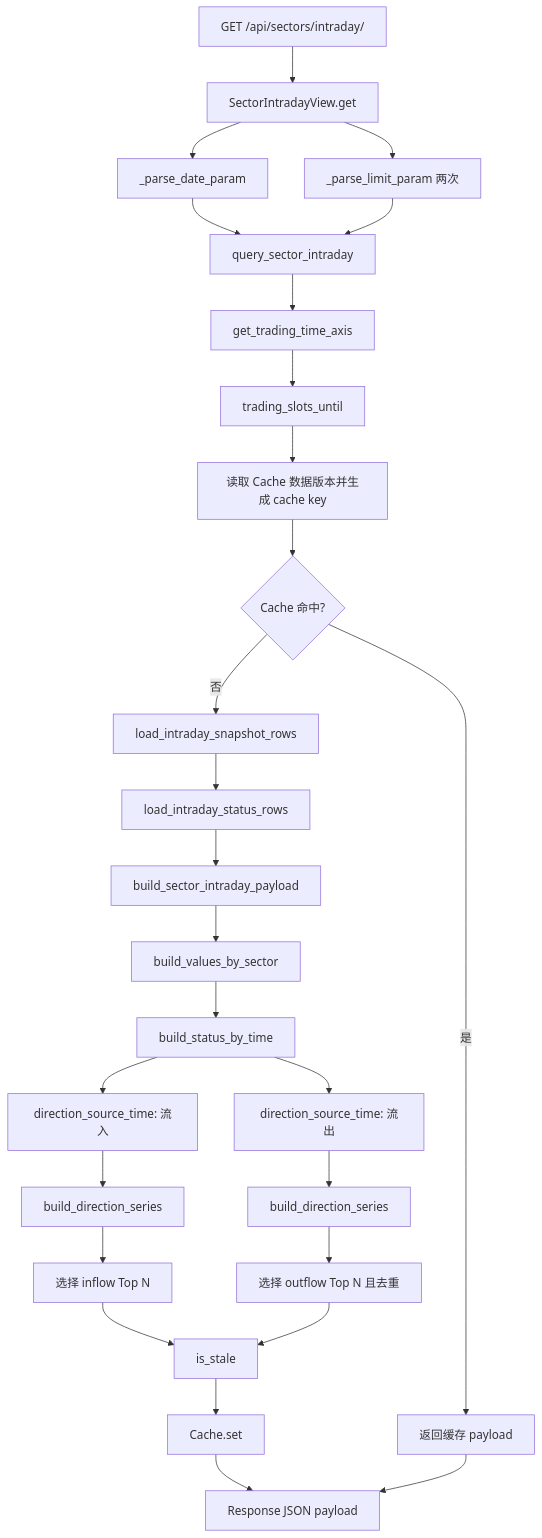
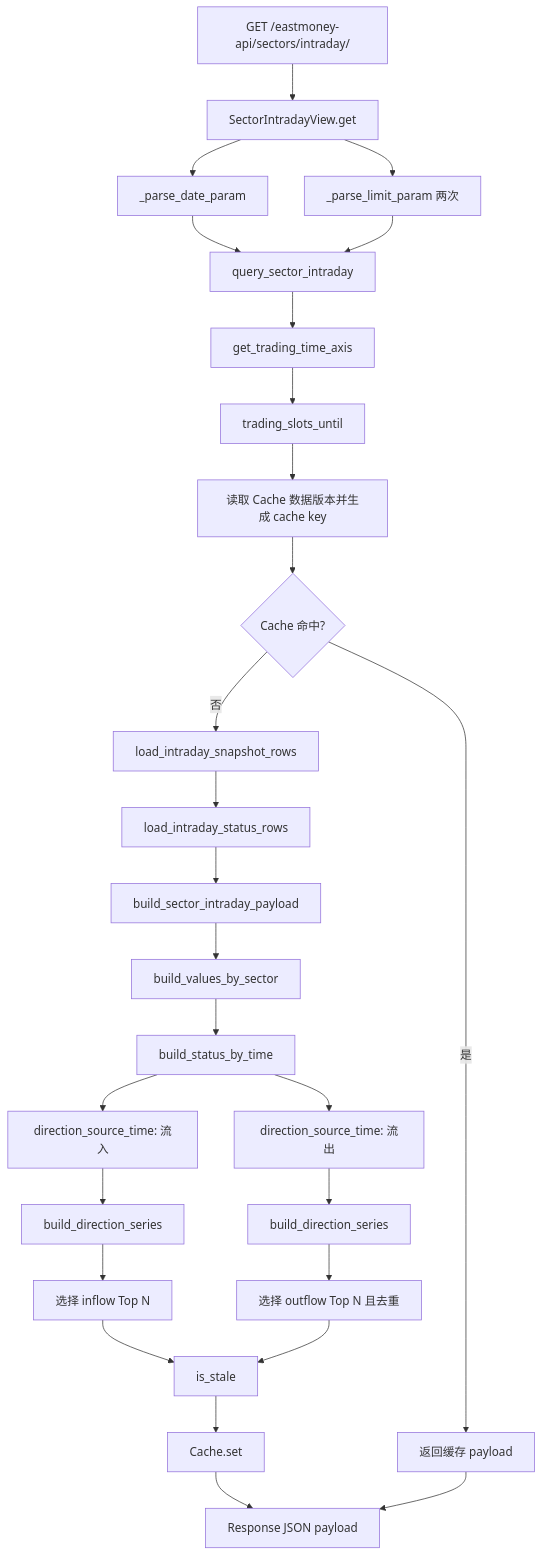
Before and after one commit to imwhatiam/fundflow: the third of 3 diagrams in README.md, drawn with Mermaid. The commit also changed other lines of this file and 42 other files, not shown here.

````diff
--- a/README.md
+++ b/README.md
@@ -208,29 +236,29 @@
 ```mermaid
 flowchart TD
-    A[GET /api/sectors/intraday/] --> B[SectorIntradayView.get]
+    A[GET /eastmoney-api/sectors/intraday/] --> B[SectorIntradayView.get]
     B --> C[_parse_date_param]
     B --> D[_parse_limit_param 两次]
     C --> E[query_sector_intraday]
     D --> E
     E --> F[get_trading_time_axis]
     F --> G[trading_slots_until]
     G --> H[读取 Cache 数据版本并生成 cache key]
     H --> I{Cache 命中?}
     I -->|是| J[返回缓存 payload]
     I -->|否| K[load_intraday_snapshot_rows]
     K --> L[load_intraday_status_rows]
     L --> M[build_sector_intraday_payload]
     M --> N[build_values_by_sector]
     N --> O[build_status_by_time]
     O --> P[direction_source_time: 流入]
     O --> Q[direction_source_time: 流出]
     P --> R[build_direction_series]
     Q --> S[build_direction_series]
     R --> T[选择 inflow Top N]
     S --> U[选择 outflow Top N 且去重]
     T --> V[is_stale]
     U --> V
     V --> W[Cache.set]
     W --> X[Response JSON payload]
     J --> X
 ```
````
